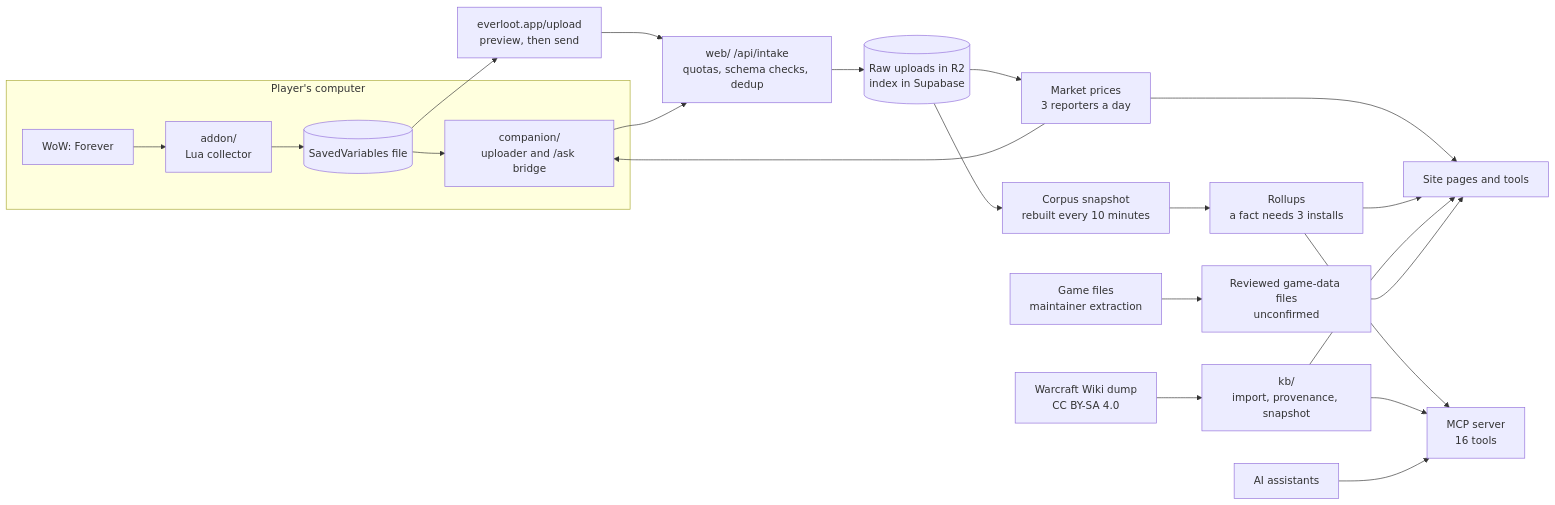
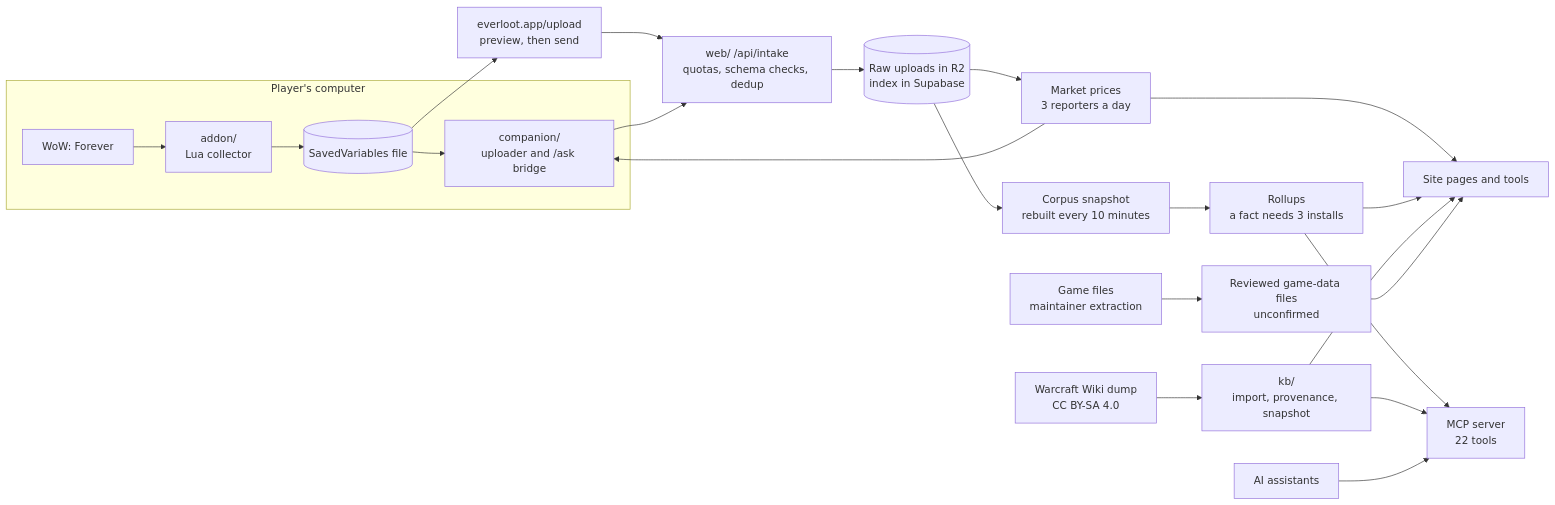
One commit to CDVolvik/everloot changed the diagram in README.md. Above: the diagram before and after it, drawn with Mermaid. The commit also changed other lines of this file and 82 other files, not shown here.

First line of the commit message:
feat(protocol): API response shapes and MCP tool schemas

````diff
--- a/README.md
+++ b/README.md
@@ -81,25 +81,25 @@
 ```mermaid
 flowchart LR
   subgraph player["Player's computer"]
     game["WoW: Forever"] --> addon["addon/<br/>Lua collector"]
     addon --> sv[("SavedVariables file")]
     sv --> companion["companion/<br/>uploader and /ask bridge"]
   end
   sv --> upload["everloot.app/upload<br/>preview, then send"]
   upload --> intake["web/ /api/intake<br/>quotas, schema checks, dedup"]
   companion --> intake
   intake --> store[("Raw uploads in R2<br/>index in Supabase")]
   store --> corpus["Corpus snapshot<br/>rebuilt every 10 minutes"]
   corpus --> rollups["Rollups<br/>a fact needs 3 installs"]
   store --> market["Market prices<br/>3 reporters a day"]
   market --> site
   market --> companion
   rollups --> site["Site pages and tools"]
-  rollups --> mcp["MCP server<br/>16 tools"]
+  rollups --> mcp["MCP server<br/>22 tools"]
   wiki["Warcraft Wiki dump<br/>CC BY-SA 4.0"] --> kb["kb/<br/>import, provenance, snapshot"]
   files["Game files<br/>maintainer extraction"] --> gamedata["Reviewed game-data files<br/>unconfirmed"]
   kb --> site
   kb --> mcp
   gamedata --> site
   assistant["AI assistants"] --> mcp
 ```
````
